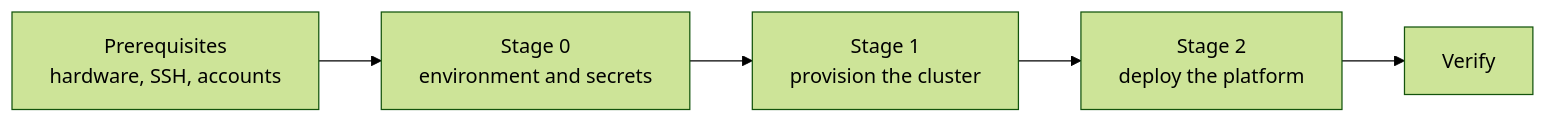
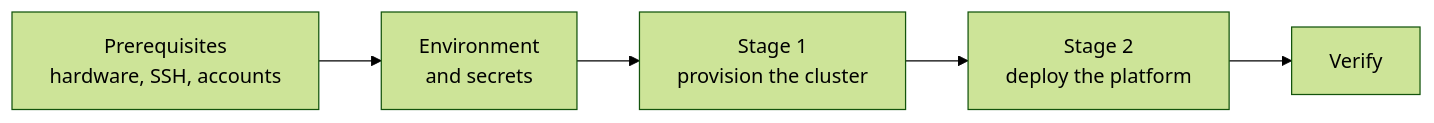
The diagram in docs/start/index.md (chrisleekr/homelab-infrastructure), drawn with Mermaid (forest theme) before and after one commit. The commit also changed other lines of this file and 75 other files, not shown here.

````diff
--- a/docs/start/index.md
+++ b/docs/start/index.md
@@ -5,10 +5,10 @@
 ```mermaid
 flowchart LR
     prereq["Prerequisites<br/>hardware, SSH, accounts"]
-    stage0["Stage 0<br/>environment and secrets"]
+    env["Environment<br/>and secrets"]
     stage1["Stage 1<br/>provision the cluster"]
     stage2["Stage 2<br/>deploy the platform"]
     verify["Verify"]
 
-    prereq --> stage0 --> stage1 --> stage2 --> verify
+    prereq --> env --> stage1 --> stage2 --> verify
 ```
````
